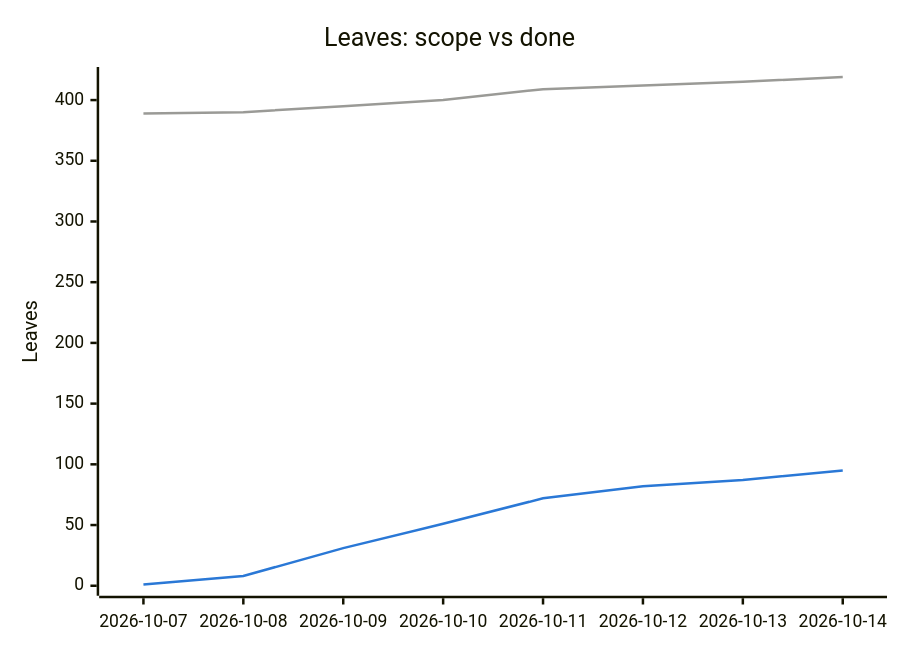
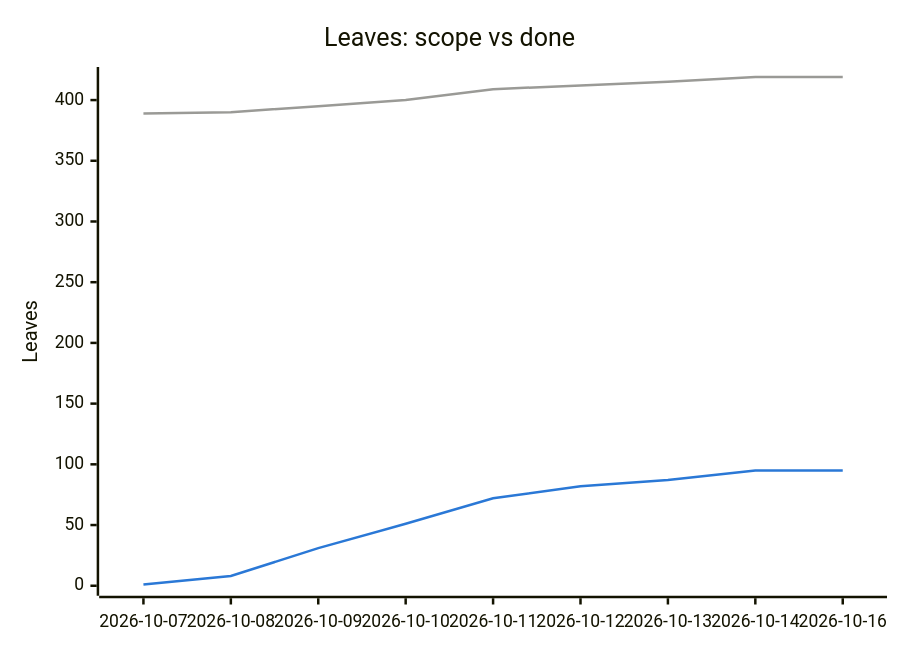
Before and after one commit to tomiok/persiaDB: the second of 2 diagrams in PROGRESS.md, drawn with Mermaid. The commit also changed other lines of this file and 18 other files, not shown here.

First line of the commit message:
feat(format): define frame_seq and anchor it in the superblock (ROADMAP 2.4.9)

````diff
--- a/PROGRESS.md
+++ b/PROGRESS.md
@@ -105,14 +105,14 @@
 ```mermaid
 ---
 config:
   themeVariables:
     xyChart:
       plotColorPalette: "#9a9a96, #2a78d6"
 ---
 xychart-beta
   title "Leaves: scope vs done"
-  x-axis ["2026-10-07", "2026-10-08", "2026-10-09", "2026-10-10", "2026-10-11", "2026-10-12", "2026-10-13", "2026-10-14"]
+  x-axis ["2026-10-07", "2026-10-08", "2026-10-09", "2026-10-10", "2026-10-11", "2026-10-12", "2026-10-13", "2026-10-14", "2026-10-16"]
   y-axis "Leaves" 0 --> 419
-  line [389, 390, 395, 400, 409, 412, 415, 419]
-  line [1, 8, 31, 51, 72, 82, 87, 95]
+  line [389, 390, 395, 400, 409, 412, 415, 419, 419]
+  line [1, 8, 31, 51, 72, 82, 87, 95, 95]
 ```
````
